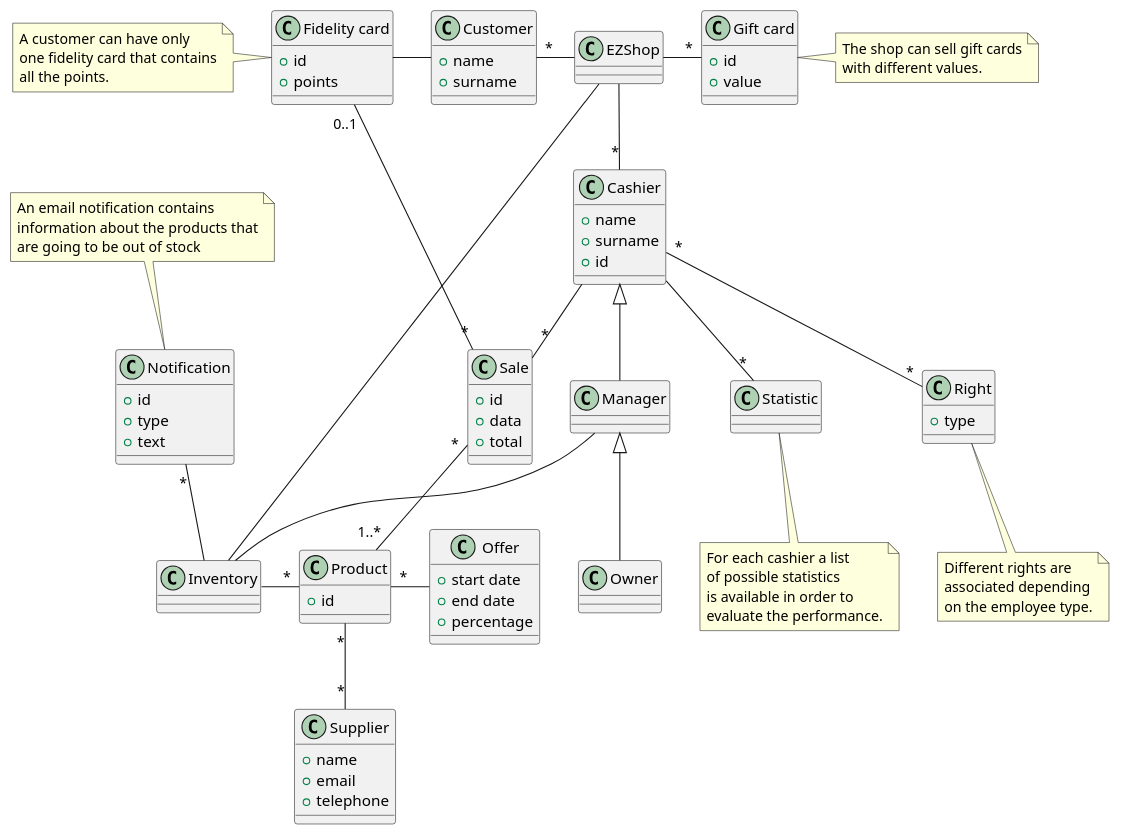
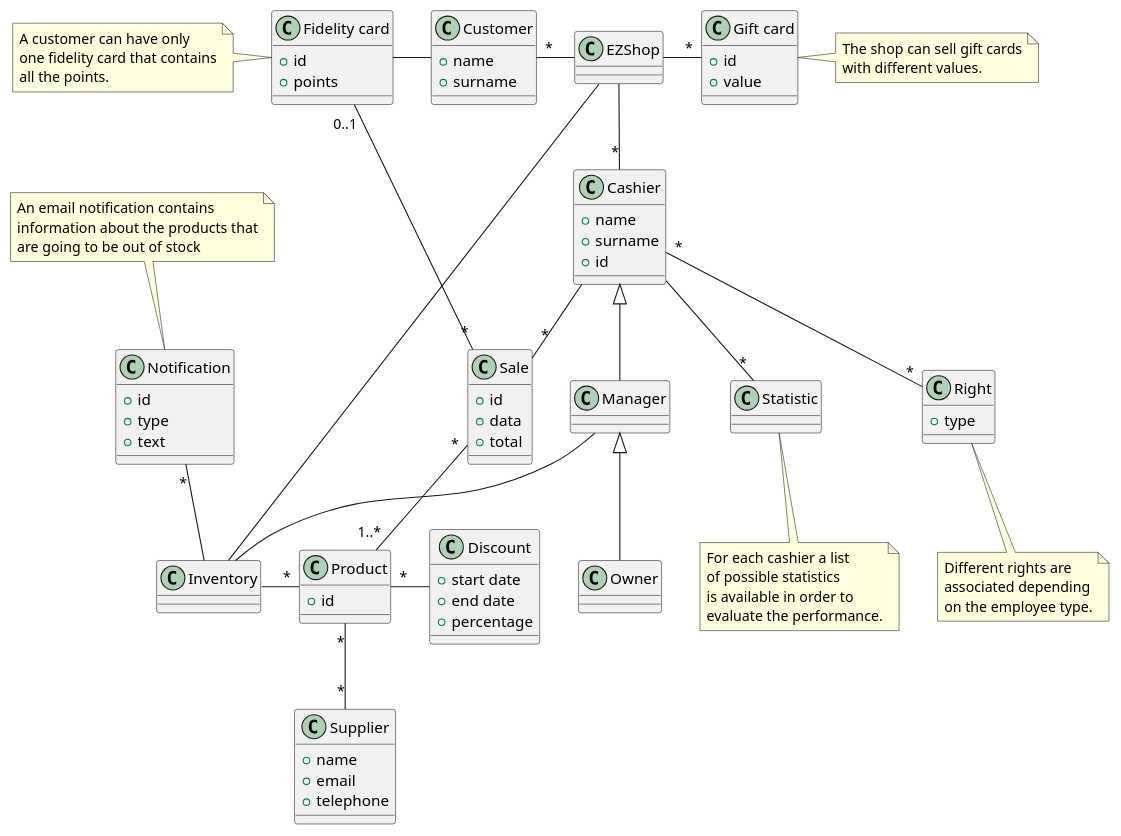
One commit to MatteoBattilana/EzShop changed the third of 5 diagrams in Deliverables/RequirementsDocument.md. Above: the diagram before and after it, drawn with PlantUML. The commit also changed other lines of this file, not shown here.

Commit message:
docs: moved from offer to discount

````diff
--- a/Deliverables/RequirementsDocument.md
+++ b/Deliverables/RequirementsDocument.md
@@ -567,78 +565,78 @@
 ```plantuml
 @startuml
 class Cashier {
 	+ name
 	+ surname
 	+ id
 }
 class Right {
 	+ type
 }
-class Offer {
+class Discount {
 	+ start date
 	+ end date
 	+ percentage
 }
 class "Product" {
 	+ id
 }
 class Notification {
 	+ id
 	+ type
 	+ text
 }
 class "Gift card" {
 	+ id
 	+ value
 }
 
 class Customer {
 	+ name
 	+ surname
 }
 
 class "Fidelity card" {
 	+ id
 	+ points
 }
 
 class Sale {
 	+ id
 	+ data
 	+ total
 }
 
 class Supplier {
 	+ name
 	+ email
 	+ telephone
 }
 
 EZShop -- "*" Cashier
 Manager -up-|> Cashier
 Owner -up-|> Manager
 Cashier "*"-- "*" Right
 Cashier -down- "*" Statistic
 EZShop -right- "*" "Gift card"
 
 EZShop -- Inventory
 Inventory -up- "*" Notification
 Inventory -right- "*" Product
-Product "*" -right- Offer
+Product "*" -right- Discount
 Supplier "*" -up- "*" Product
 EZShop -left- "*" Customer
 Customer -left- "Fidelity card"
 Manager -- Inventory
 
 Cashier -- "*" Sale
 Sale "*" -- "1..*" Product
 "Fidelity card" "0..1" -- "*" Sale
 
 note left of "Fidelity card" : A customer can have only\none fidelity card that contains\nall the points.
 note right of "Gift card" : The shop can sell gift cards\nwith different values.
 note top of Notification : An email notification contains \ninformation about the products that\nare going to be out of stock
 note bottom of Right : Different rights are\nassociated depending\non the employee type.
 note bottom of Statistic : For each cashier a list\nof possible statistics\nis available in order to\nevaluate the performance.
 
 @enduml
 ```
````
